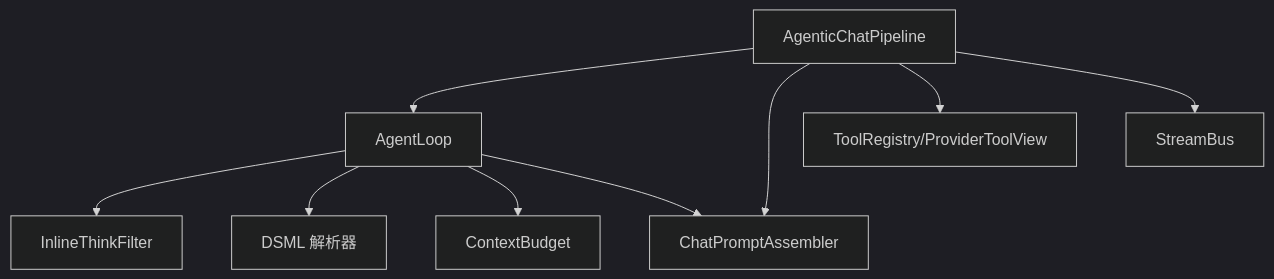
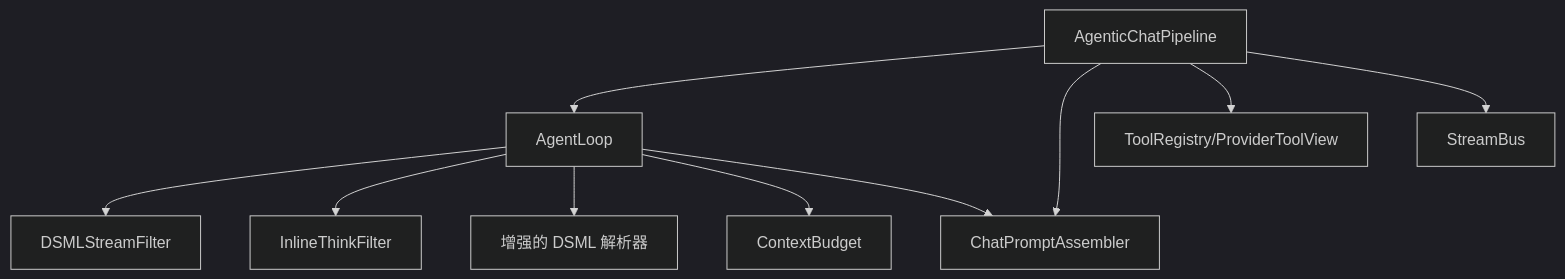
Before and after one commit to gongzili456/DeepTutor: the ninth of 9 diagrams in .qoder/repowiki/zh/content/智能体系统/聊天智能体.md, drawn with Mermaid (dark theme). The commit also changed other lines of this file and 821 other files, not shown here.

````diff
--- a/.qoder/repowiki/zh/content/智能体系统/聊天智能体.md
+++ b/.qoder/repowiki/zh/content/智能体系统/聊天智能体.md
@@ -300,11 +379,12 @@
 ```mermaid
 graph TB
 P["AgenticChatPipeline"] --> L["AgentLoop"]
 P --> PB["ChatPromptAssembler"]
 P --> TR["ToolRegistry/ProviderToolView"]
 P --> SB["StreamBus"]
+L --> DSF["DSMLStreamFilter"]
 L --> IF["InlineThinkFilter"]
-L --> DC["DSML 解析器"]
+L --> DC["增强的 DSML 解析器"]
 L --> CB["ContextBudget"]
 L --> PB
 ```
````
